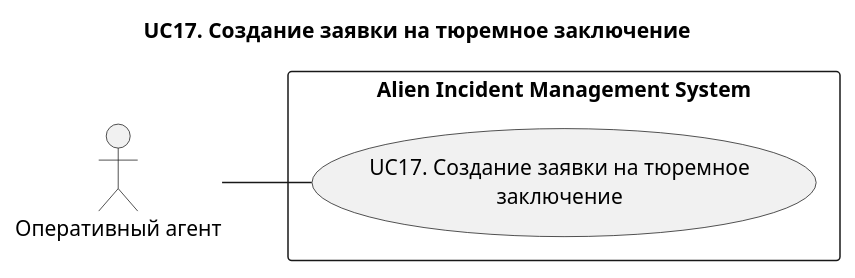
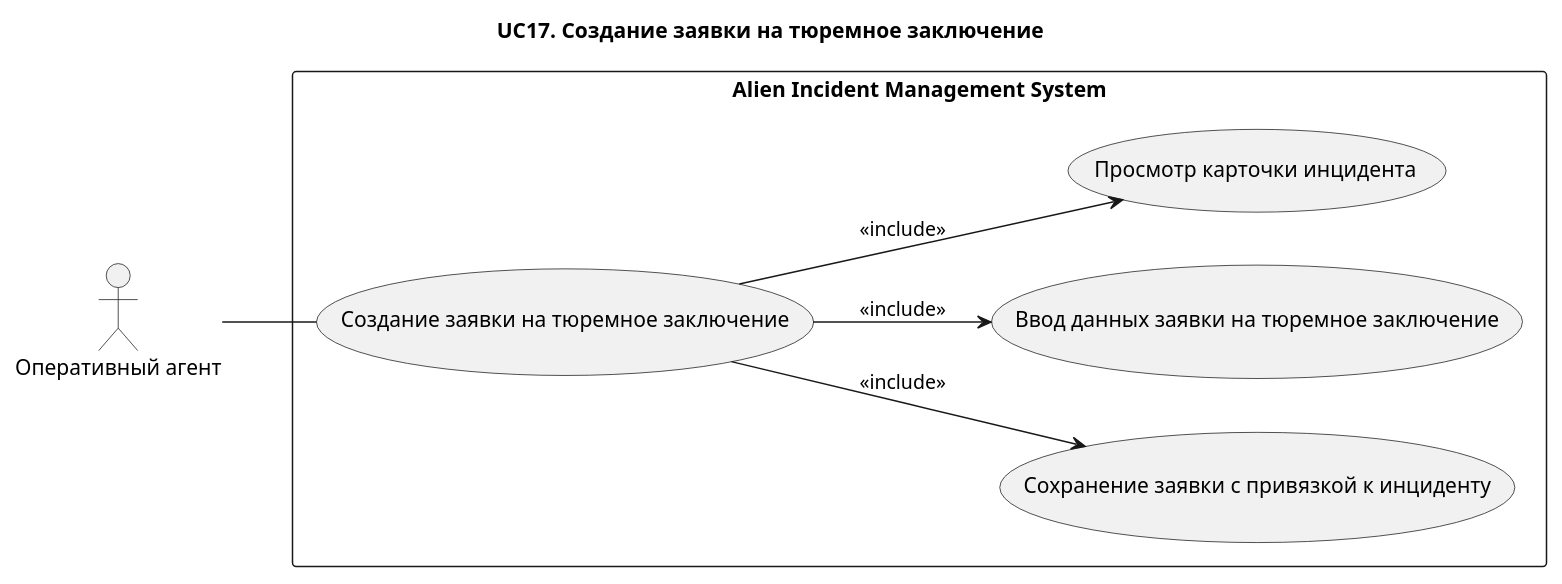
Before and after one commit to Andryss/AIMS: the diagram in docs/use-case/UC17.md, drawn with PlantUML. The commit also changed other lines of this file and 23 other files, not shown here.

Commit message:
docs: refine use-case diagrams and centralize rendering commands

````diff
--- a/docs/use-case/UC17.md
+++ b/docs/use-case/UC17.md
@@ -3,15 +5,25 @@
 ```plantuml
 @startuml
 title UC17. Создание заявки на тюремное заключение
 left to right direction
 
 actor "Оперативный агент" as Agent
 
 rectangle "Alien Incident Management System" {
-  usecase "UC17. Создание заявки на тюремное\nзаключение" as UC17
+
+(Создание заявки на тюремное заключение) as UC11
+
+(Сохранение заявки с привязкой к инциденту) as UC115
+(Ввод данных заявки на тюремное заключение) as UC112
+(Просмотр карточки инцидента) as UC111
+
 }
 
-Agent -- UC17
+Agent -- UC11
+
+UC11 --> UC111 : <<include>>
+UC11 --> UC112 : <<include>>
+UC11 --> UC115 : <<include>>
 
 @enduml
 ```
````
